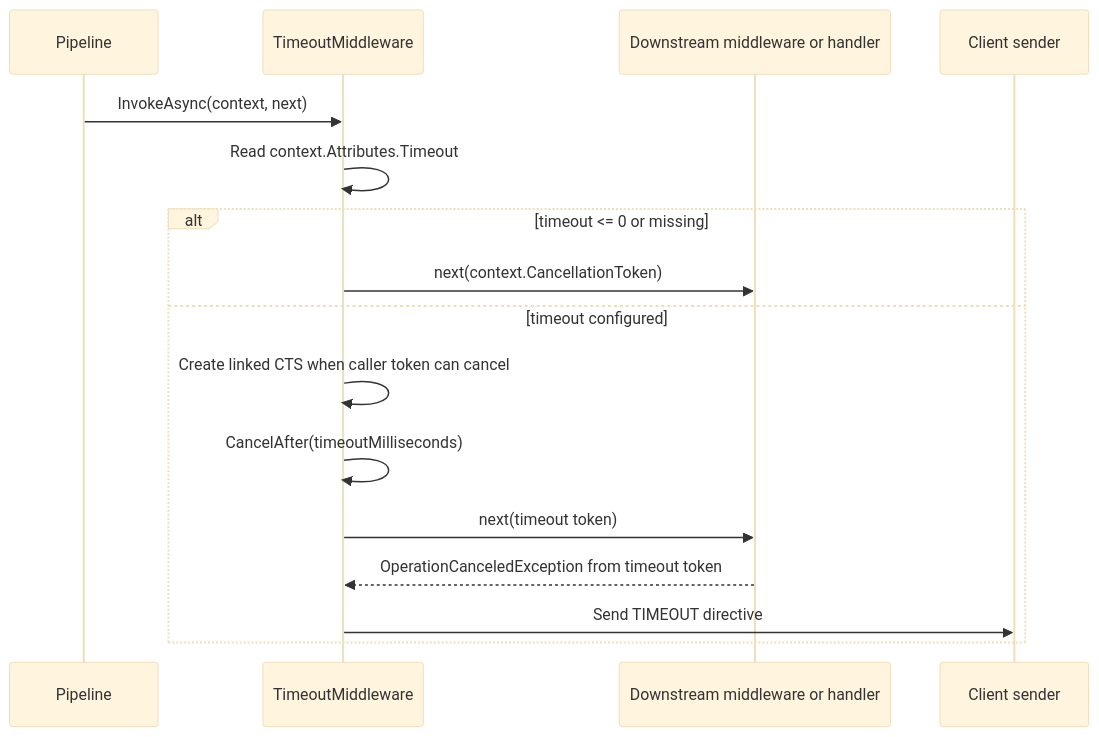
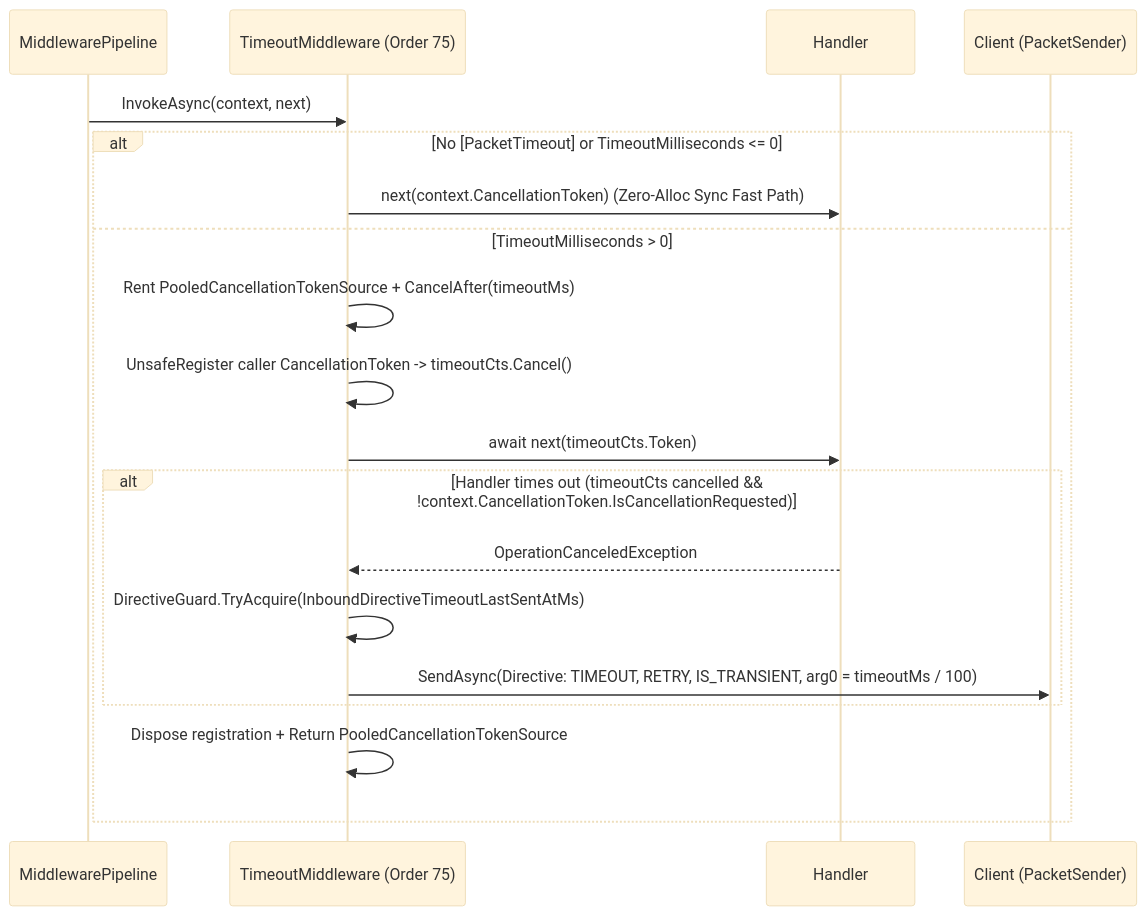
The diagram in src/content/docs/en-us/api/runtime/middleware/timeout-middleware.md (ppn-systems/nalix-docs), drawn with Mermaid (base theme) before and after one commit. The commit also changed other lines of this file and 180 other files, not shown here.

Commit message:
docs: complete 11-round source-code parity refactor, missing API docs, and UX/SEO enhancements

````diff
--- a/src/content/docs/en-us/api/runtime/middleware/timeout-middleware.md
+++ b/src/content/docs/en-us/api/runtime/middleware/timeout-middleware.md
@@ -42,19 +24,22 @@
 ```mermaid
 sequenceDiagram
-    participant P as Pipeline
-    participant M as TimeoutMiddleware
-    participant H as Downstream middleware or handler
-    participant C as Client sender
+    participant P as MiddlewarePipeline
+    participant M as TimeoutMiddleware (Order 75)
+    participant H as Handler
+    participant C as Client (PacketSender)
 
     P->>M: InvokeAsync(context, next)
-    M->>M: Read context.Attributes.Timeout
-    alt timeout <= 0 or missing
-        M->>H: next(context.CancellationToken)
-    else timeout configured
-        M->>M: Create linked CTS when caller token can cancel
-        M->>M: CancelAfter(timeoutMilliseconds)
-        M->>H: next(timeout token)
-        H-->>M: OperationCanceledException from timeout token
-        M->>C: Send TIMEOUT directive
+    alt No [PacketTimeout] or TimeoutMilliseconds <= 0
+        M->>H: next(context.CancellationToken) (Zero-Alloc Sync Fast Path)
+    else TimeoutMilliseconds > 0
+        M->>M: Rent PooledCancellationTokenSource + CancelAfter(timeoutMs)
+        M->>M: UnsafeRegister caller CancellationToken -> timeoutCts.Cancel()
+        M->>H: await next(timeoutCts.Token)
+        alt Handler times out (timeoutCts cancelled && !context.CancellationToken.IsCancellationRequested)
+            H-->>M: OperationCanceledException
+            M->>M: DirectiveGuard.TryAcquire(InboundDirectiveTimeoutLastSentAtMs)
+            M->>C: SendAsync(Directive: TIMEOUT, RETRY, IS_TRANSIENT, arg0 = timeoutMs / 100)
+        end
+        M->>M: Dispose registration + Return PooledCancellationTokenSource
     end
 ```
````
